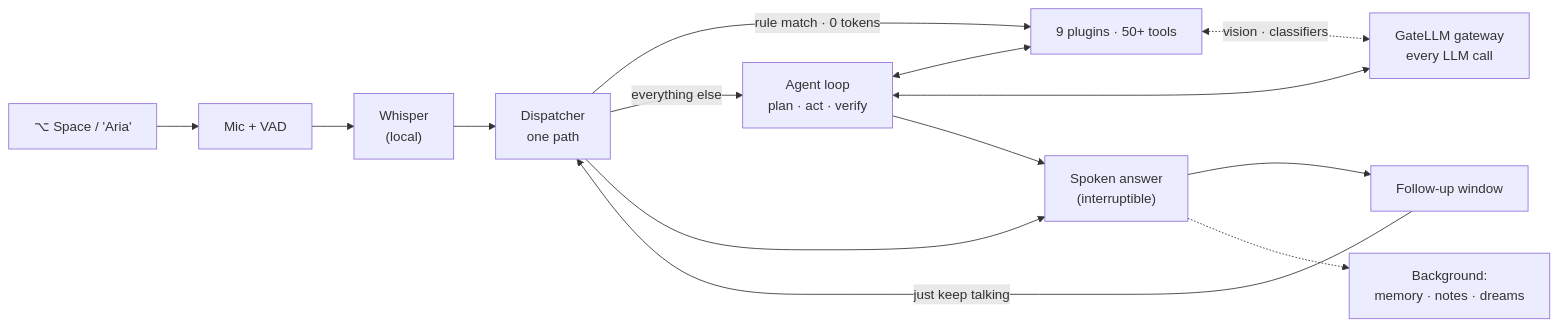
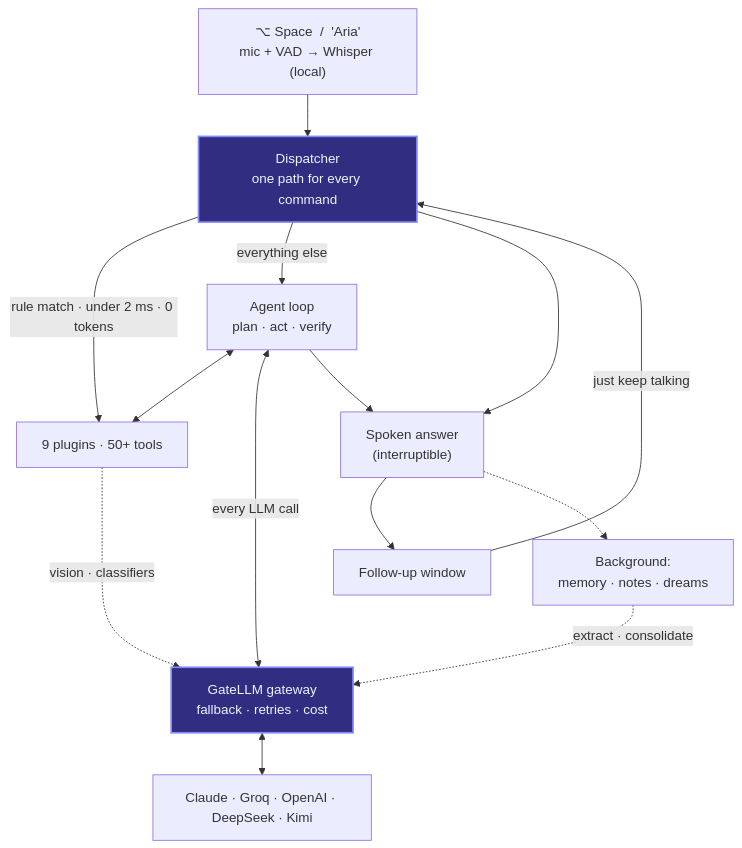
One commit to Bhanu1299/Aria changed the first of 7 diagrams in README.md. Above: the diagram before and after it, drawn with Mermaid. The commit also changed other lines of this file and 2 other files, not shown here.

First line of the commit message:
docs: show the dispatcher and GateLLM gateway in every diagram

````diff
--- a/README.md
+++ b/README.md
@@ -52,16 +52,20 @@
 ```mermaid
-flowchart LR
-    T["⌥ Space  /  'Aria'"] --> M["Mic + VAD"]
-    M --> W["Whisper<br/>(local)"]
-    W --> D["Dispatcher<br/>one path"]
-    D -->|"rule match · 0 tokens"| P["9 plugins · 50+ tools"]
+flowchart TB
+    W["⌥ Space  /  'Aria'<br/>mic + VAD → Whisper (local)"]
+    W --> D["Dispatcher<br/>one path for every command"]
+    D -->|"rule match · under 2 ms · 0 tokens"| P["9 plugins · 50+ tools"]
     D -->|"everything else"| A["Agent loop<br/>plan · act · verify"]
     A <--> P
-    A <--> G["GateLLM gateway<br/>every LLM call"]
-    P <-.->|"vision · classifiers"| G
+    A <-->|"every LLM call"| G["GateLLM gateway<br/>fallback · retries · cost"]
+    P -.->|"vision · classifiers"| G
+    G <--> V["Claude · Groq · OpenAI · DeepSeek · Kimi"]
     D --> S["Spoken answer<br/>(interruptible)"]
     A --> S
     S --> C["Follow-up window"]
     C -->|"just keep talking"| D
     S -.-> X["Background:<br/>memory · notes · dreams"]
+    X -.->|"extract · consolidate"| G
+
+    classDef key fill:#312e81,stroke:#818cf8,color:#eef2ff,stroke-width:2px
+    class D,G key
 ```
````
